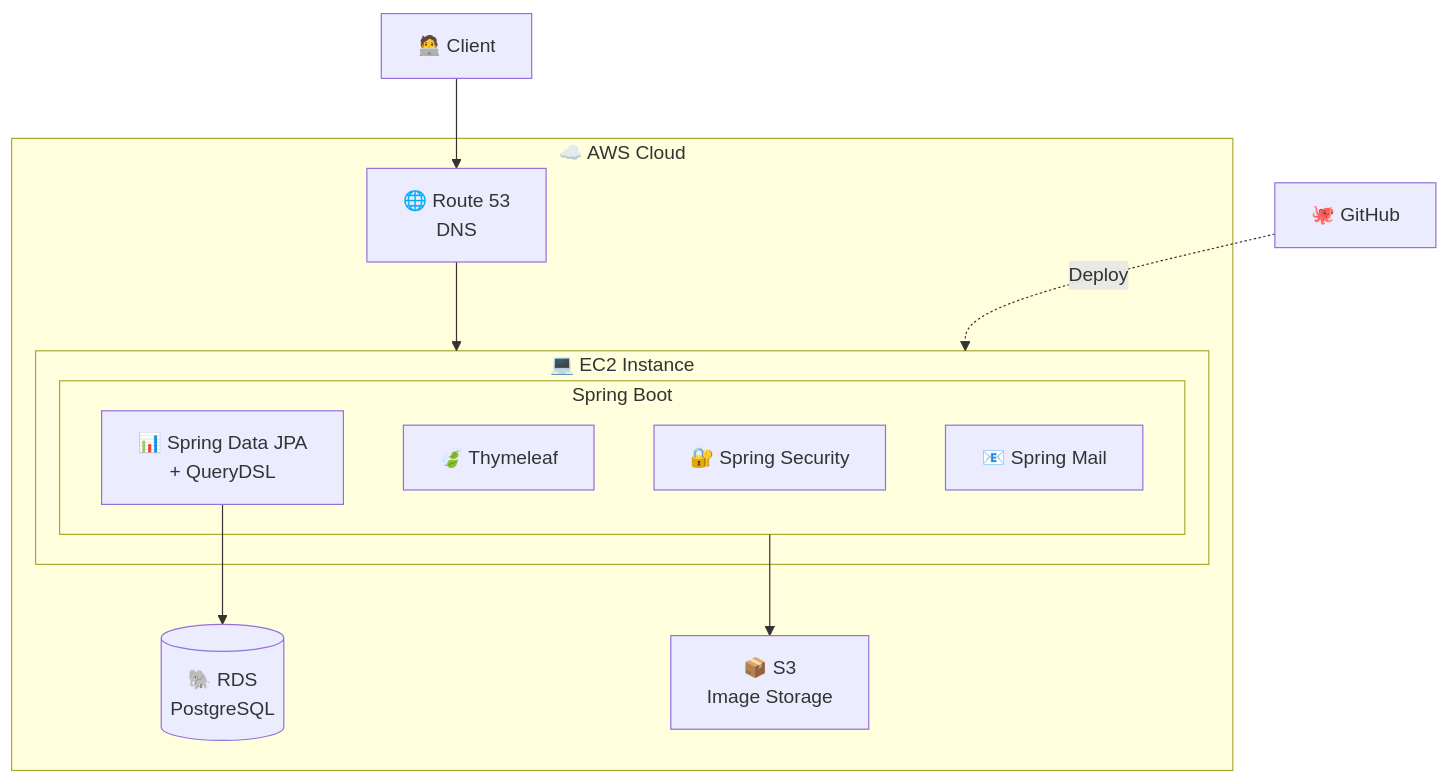
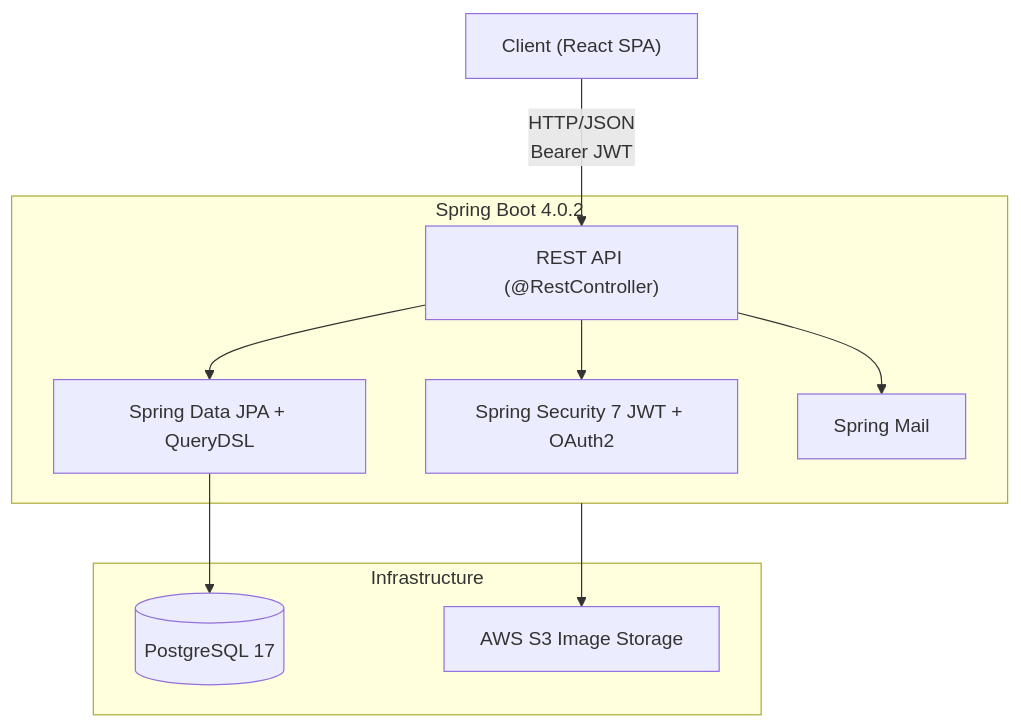
Before and after one commit to bitcham/jokahobby: the diagram in README.md, drawn with Mermaid. The commit also changed other lines of this file, not shown here.

Commit message:
docs: update README to reflect SPA migration

````diff
--- a/README.md
+++ b/README.md
@@ -11,28 +13,23 @@
 ```mermaid
 flowchart TB
-    Client["🧑‍💻 Client"]
+    Client["Client (React SPA)"]
 
-    subgraph AWS["☁️ AWS Cloud"]
-        R53["🌐 Route 53<br/>DNS"]
-
-        subgraph EC2["💻 EC2 Instance"]
-            subgraph SpringBoot["Spring Boot"]
-                SEC["🔐 Spring Security"]
-                TH["🍃 Thymeleaf"]
-                JPA["📊 Spring Data JPA<br/>+ QueryDSL"]
-                MAIL["📧 Spring Mail"]
-            end
-        end
-
-        RDS[("🐘 RDS<br/>PostgreSQL")]
-        S3["📦 S3<br/>Image Storage"]
+    subgraph Backend["Spring Boot 4.0.2"]
+        SEC["Spring Security 7 JWT + OAuth2"]
+        API["REST API (@RestController)"]
+        JPA["Spring Data JPA + QueryDSL"]
+        MAIL["Spring Mail"]
     end
 
-    GH["🐙 GitHub"]
+    subgraph Infra["Infrastructure"]
+        PG[("PostgreSQL 17")]
+        S3["AWS S3 Image Storage"]
+    end
 
-    Client --> R53
-    R53 --> EC2
-    JPA --> RDS
-    SpringBoot --> S3
-    GH -.->|Deploy| EC2
+    Client -->|"HTTP/JSON\nBearer JWT"| API
+    API --> SEC
+    API --> JPA
+    API --> MAIL
+    JPA --> PG
+    Backend --> S3
 ```
````
